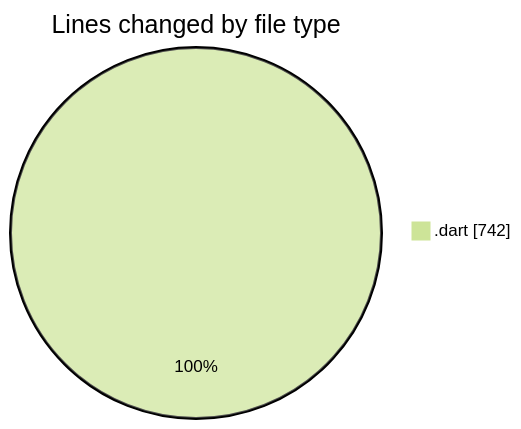
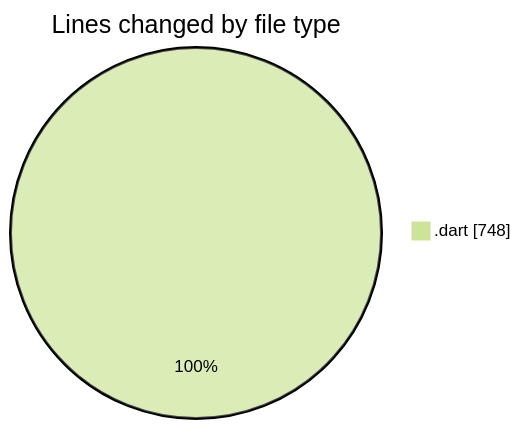
Before and after one commit to donsfak/code-tracking: the first of 2 diagrams in 2025-02-27/uber_clone/README.md, drawn with Mermaid (forest theme). The commit also changed other lines of this file and 1 other file, not shown here.

````diff
--- a/2025-02-27/uber_clone/README.md
+++ b/2025-02-27/uber_clone/README.md
@@ -21,5 +21,5 @@
 ```mermaid
 pie showData
 title Lines changed by file type
-".dart" : 742
+".dart" : 748
 ```
````
